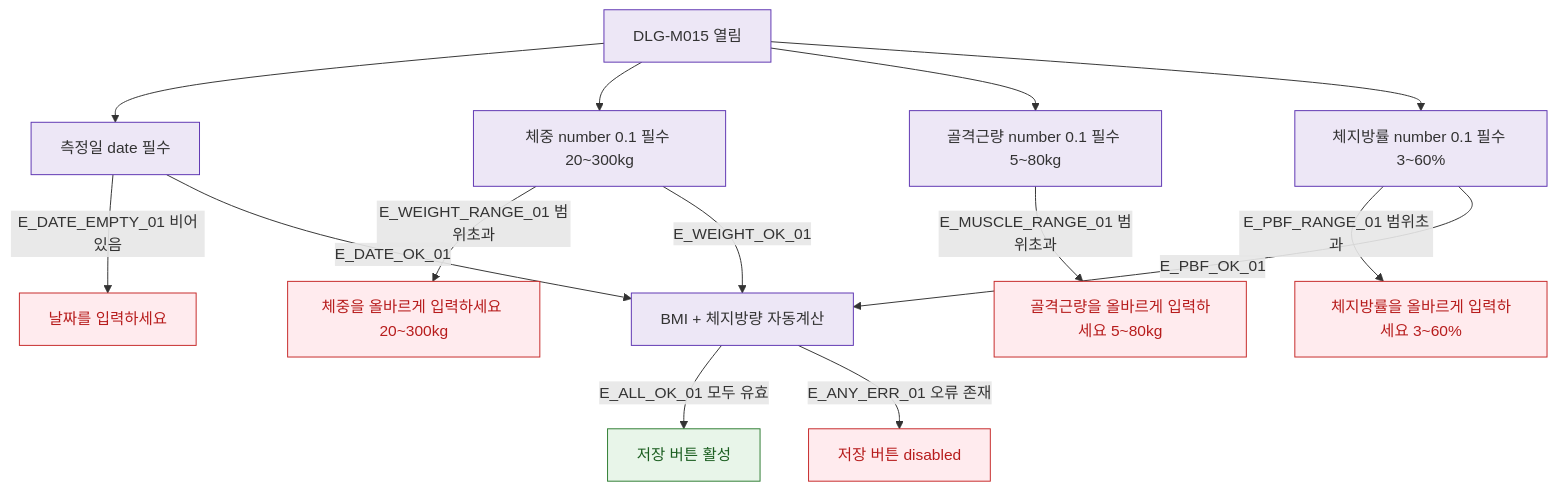
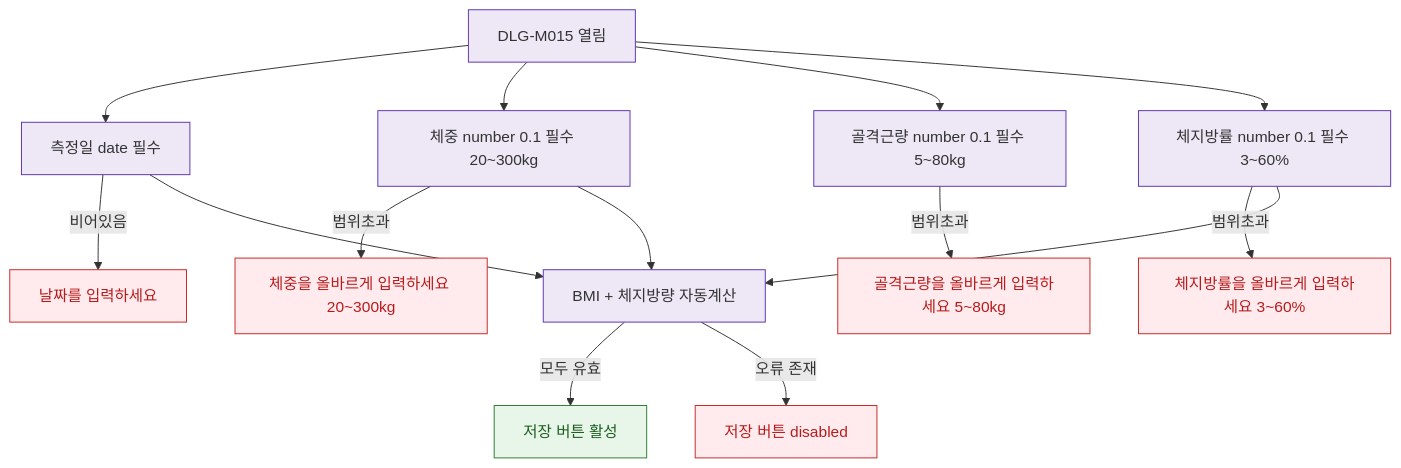
The diagram in docs/다이어그램/D02_회원관리/DLG/DLG-M015_체성분등록/M2_필드검증.md (dev-spogym/admin-pando), drawn with Mermaid before and after one commit. The commit also changed other lines of this file and 1660 other files, not shown here.

First line of the commit message:
다이어그램: 기획자/클라이언트 납품본으로 정리

````diff
--- a/docs/다이어그램/D02_회원관리/DLG/DLG-M015_체성분등록/M2_필드검증.md
+++ b/docs/다이어그램/D02_회원관리/DLG/DLG-M015_체성분등록/M2_필드검증.md
@@ -22,29 +20,29 @@
 ```mermaid
 flowchart TD
   DLG[DLG-M015 열림]
 
   DLG --> FLD_DATE[측정일 date 필수]
   DLG --> FLD_WEIGHT[체중 number 0.1 필수 20~300kg]
   DLG --> FLD_MUSCLE[골격근량 number 0.1 필수 5~80kg]
   DLG --> FLD_PBF[체지방률 number 0.1 필수 3~60%]
 
-  FLD_DATE   -->|E_DATE_EMPTY_01 비어있음| ERR_DATE[날짜를 입력하세요]
-  FLD_WEIGHT -->|E_WEIGHT_RANGE_01 범위초과| ERR_WEIGHT[체중을 올바르게 입력하세요 20~300kg]
-  FLD_MUSCLE -->|E_MUSCLE_RANGE_01 범위초과| ERR_MUSCLE[골격근량을 올바르게 입력하세요 5~80kg]
-  FLD_PBF    -->|E_PBF_RANGE_01 범위초과| ERR_PBF[체지방률을 올바르게 입력하세요 3~60%]
+  FLD_DATE -->|비어있음|ERR_DATE[날짜를 입력하세요]
+  FLD_WEIGHT -->|범위초과|ERR_WEIGHT[체중을 올바르게 입력하세요 20~300kg]
+  FLD_MUSCLE -->|범위초과|ERR_MUSCLE[골격근량을 올바르게 입력하세요 5~80kg]
+  FLD_PBF -->|범위초과|ERR_PBF[체지방률을 올바르게 입력하세요 3~60%]
 
-  FLD_DATE   -->|E_DATE_OK_01| AUTO_CALC[BMI + 체지방량 자동계산]
-  FLD_WEIGHT -->|E_WEIGHT_OK_01| AUTO_CALC
-  FLD_PBF    -->|E_PBF_OK_01| AUTO_CALC
+  FLD_DATE --> AUTO_CALC[BMI + 체지방량 자동계산]
+  FLD_WEIGHT --> AUTO_CALC
+  FLD_PBF --> AUTO_CALC
 
-  AUTO_CALC -->|E_ALL_OK_01 모두 유효| BTN_ACTIVE[저장 버튼 활성]
-  AUTO_CALC -->|E_ANY_ERR_01 오류 존재| BTN_DISABLED[저장 버튼 disabled]
+  AUTO_CALC -->|모두 유효|BTN_ACTIVE[저장 버튼 활성]
+  AUTO_CALC -->|오류 존재|BTN_DISABLED[저장 버튼 disabled]
 
-  classDef system  fill:#EDE7F6,stroke:#5E35B2
+  classDef system fill:#EDE7F6,stroke:#5E35B2
   classDef success fill:#E8F5E9,stroke:#2E7D32,color:#1B5E20
-  classDef error   fill:#FFEBEE,stroke:#C62828,color:#B71C1C
+  classDef error fill:#FFEBEE,stroke:#C62828,color:#B71C1C
 
   class DLG,FLD_DATE,FLD_WEIGHT,FLD_MUSCLE,FLD_PBF,AUTO_CALC system
   class BTN_ACTIVE success
   class ERR_DATE,ERR_WEIGHT,ERR_MUSCLE,ERR_PBF,BTN_DISABLED error
 ```
````
